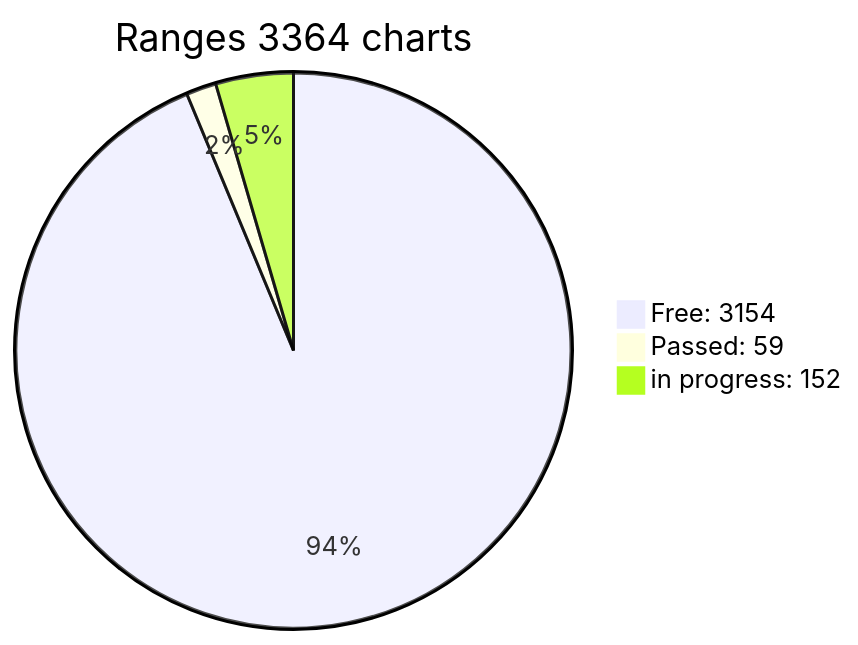
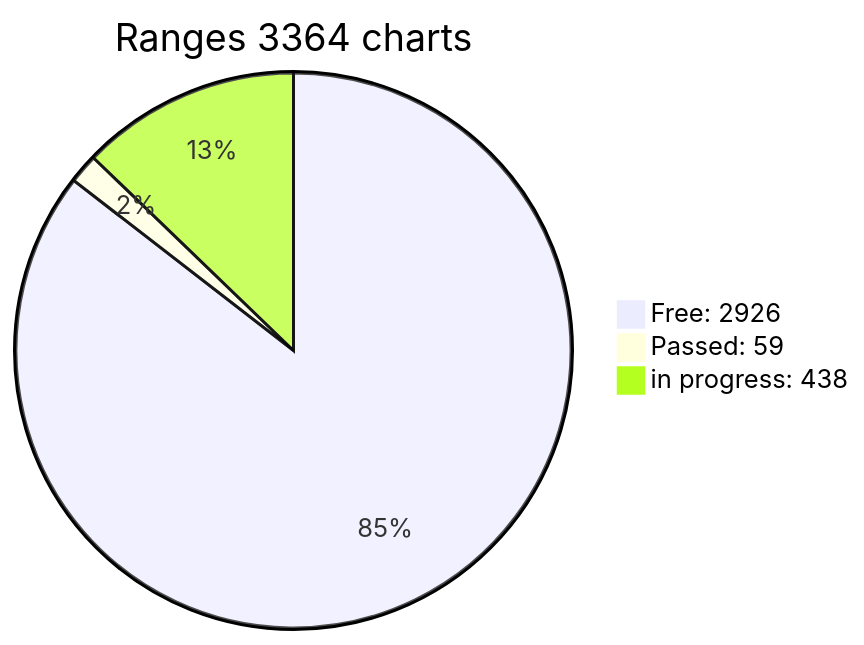
One commit to jonlloner/wif500 changed the diagram in x64/Release/table.md. Above: the diagram before and after it, drawn with Mermaid. The commit also changed other lines of this file, not shown here.

````diff
--- a/x64/Release/table.md
+++ b/x64/Release/table.md
@@ -3,6 +3,6 @@
 ```mermaid
 pie title Ranges 3364 charts
-"Free: 3154" : 3154
+"Free: 2926" : 2926
 "Passed: 59" : 59
-"in progress: 152" : 152
+"in progress: 438" : 438
 ```  
````
